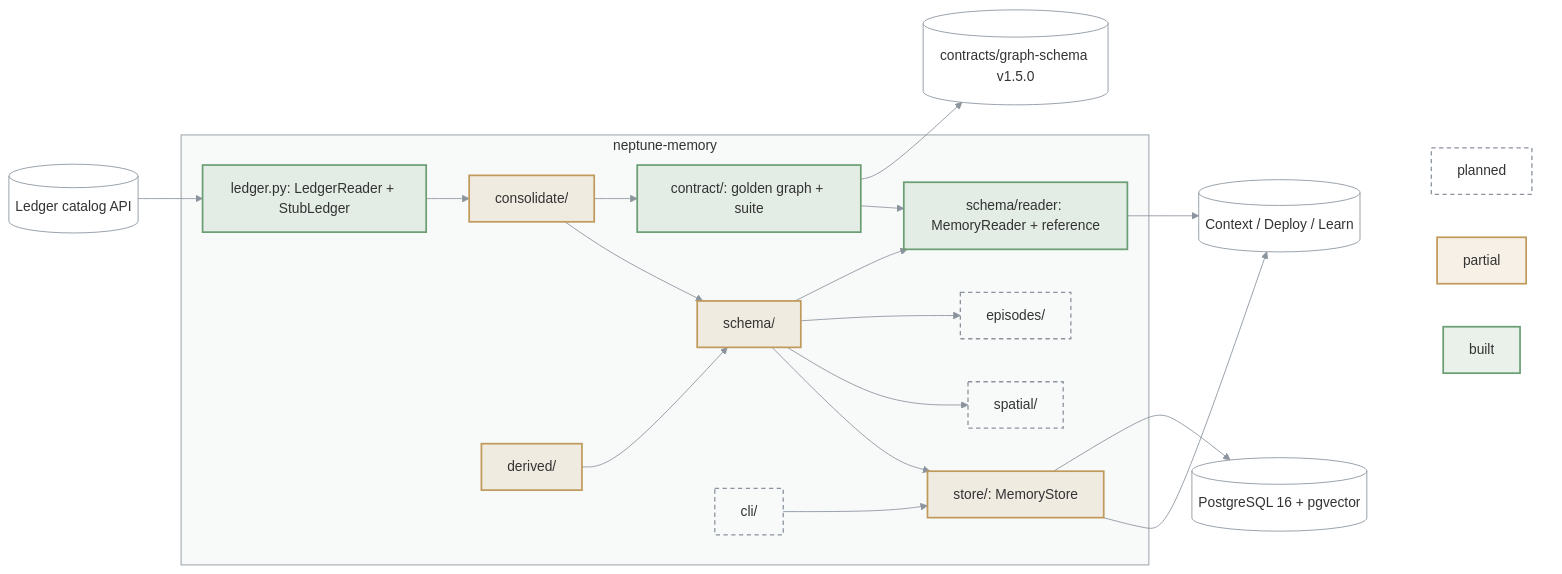
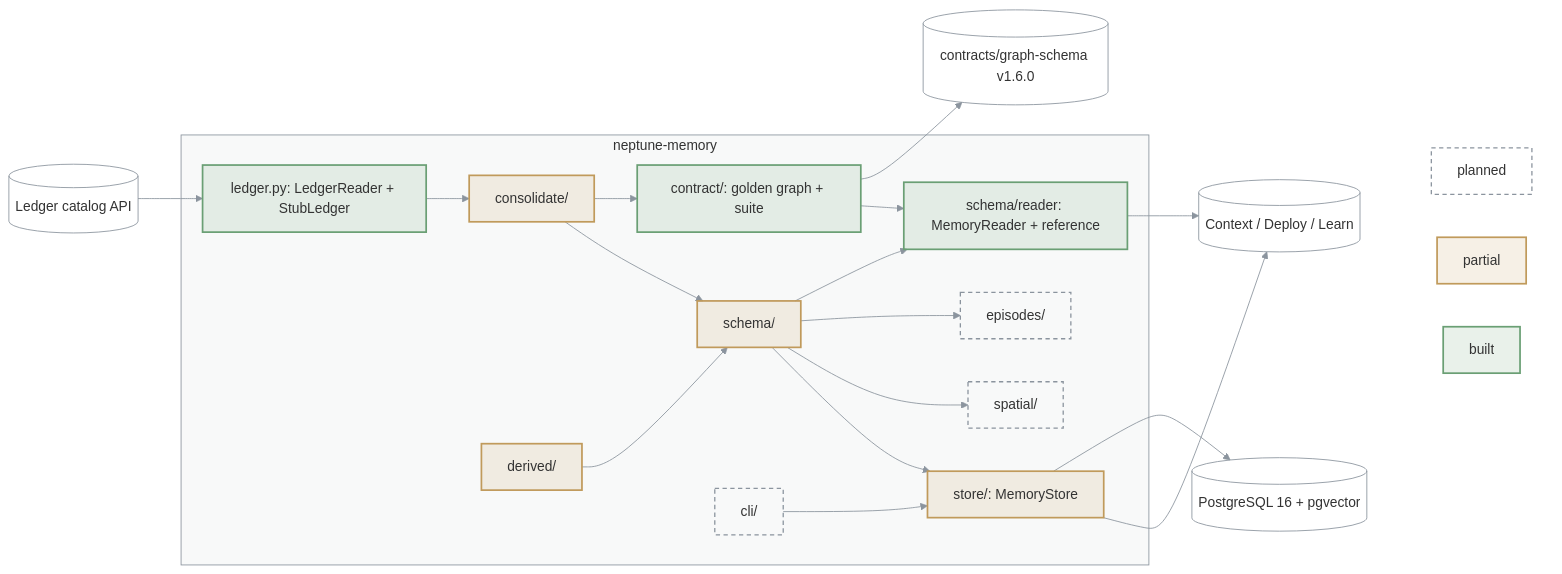
Before and after one commit to bennytay/neptune: the diagram in packages/neptune-memory/ARCHITECTURE.md, drawn with Mermaid. The commit also changed 34 other files, not shown here.

````diff
--- a/packages/neptune-memory/ARCHITECTURE.md
+++ b/packages/neptune-memory/ARCHITECTURE.md
@@ -3,48 +3,48 @@
 ```mermaid
 flowchart LR
   LED[("Ledger catalog API")]
   PG[("PostgreSQL 16 + pgvector")]
   subgraph M["neptune-memory"]
     SEAM["ledger.py: LedgerReader + StubLedger"]
     CON["consolidate/"]
     DER["derived/"]
     SCH["schema/"]
     RD["schema/reader: MemoryReader + reference"]
     CT["contract/: golden graph + suite"]
     STO["store/: MemoryStore"]
     SPA["spatial/"]
     EPI["episodes/"]
     CLI["cli/"]
   end
   OUT[("Context / Deploy / Learn")]
   LED --> SEAM --> CON --> SCH --> STO
   DER --> SCH
   SCH --> SPA & EPI
   SCH --> RD --> OUT
   CON --> CT --> RD
-  CT --> REG[("contracts/graph-schema v1.5.0")]
+  CT --> REG[("contracts/graph-schema v1.6.0")]
   STO --> OUT
   CLI --> STO
   STO --> PG
 
   subgraph KEY[" "]
     K1["built"]
     K2["partial"]
     K3["planned"]
   end
   OUT ~~~ K1 & K2 & K3
 
   classDef built fill:#6a9f7426,stroke:#6a9f74,stroke-width:2px
   classDef partial fill:#c09a5b26,stroke:#c09a5b,stroke-width:2px
   classDef todo fill:none,stroke:#8b949e,stroke-width:1.5px,stroke-dasharray:5 4
   classDef ext fill:none,stroke:#8b949e,stroke-width:1px
   class K1 built
   class K2 partial
   class SPA,EPI,CLI,K3 todo
   class CON,DER,SCH,STO partial
   class SEAM,RD,CT built
   class LED,OUT,PG,REG ext
   style M fill:#8b949e0f,stroke:#8b949e
   style KEY fill:none,stroke:none
   linkStyle default stroke:#8b949e
 ```
````
